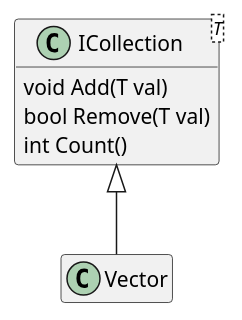
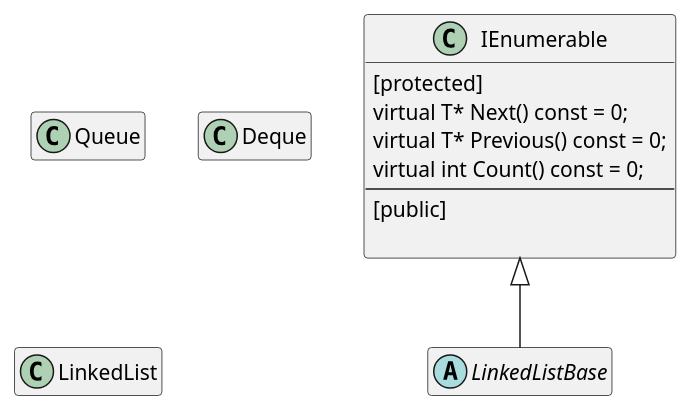
The diagram in Documents/Structure/ContainerStructure.puml (yjd6808/_YJD_Harmony), drawn with PlantUML before and after one commit. The commit also changed 20 other files, not shown here.

```diff
--- a/Documents/Structure/ContainerStructure.puml
+++ b/Documents/Structure/ContainerStructure.puml
@@ -1,18 +1,29 @@
 @startuml
 'https://plantuml.com/sequence-diagram
 
 hide empty methods
 hide empty fields
 
+class IEnumerable {
+    [protected]
+    virtual T* Next() const = 0;
+    virtual T* Previous() const = 0;
+    virtual int Count() const = 0;
+    ---
+    [public]
 
-class ICollection<T>
-{
-    void Add(T val)
-    bool Remove(T val)
-    int Count()
 }
 
+abstract LinkedListBase extends IEnumerable {
 
-Vector -u-|> ICollection
+}
+
+class Queue
+class Deque
+class LinkedList
+
+
+
+
 
 @enduml
```
